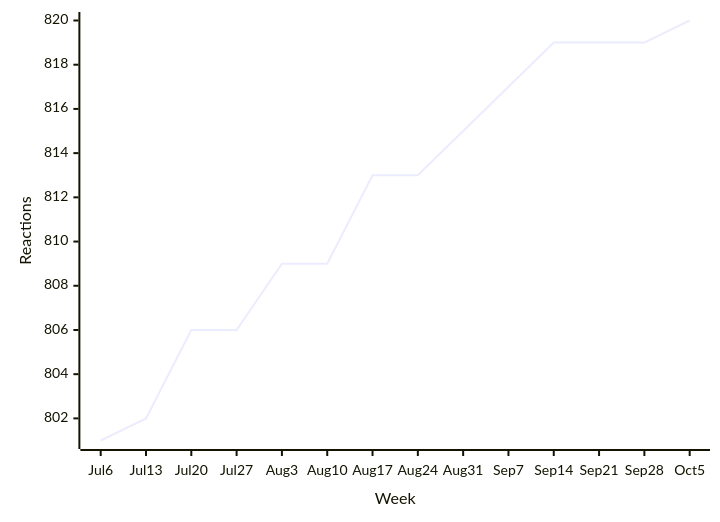
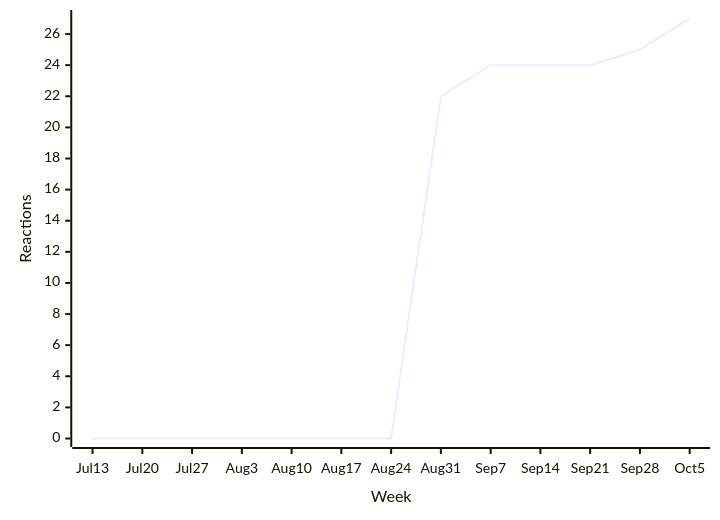
One commit to loic-sharma/github-insights changed the second of 34 diagrams in README.md. Above: the diagram before and after it, drawn with Mermaid. The commit also changed other lines of this file and 3 other files, not shown here.

````diff
--- a/README.md
+++ b/README.md
@@ -341,6 +341,6 @@
   ```mermaid
   xychart-beta
-    x-axis "Week" [Jul 6, Jul 13, Jul 20, Jul 27, Aug 3, Aug 10, Aug 17, Aug 24, Aug 31, Sep 7, Sep 14, Sep 21, Sep 28, Oct 5]
+    x-axis "Week" [Jul 13, Jul 20, Jul 27, Aug 3, Aug 10, Aug 17, Aug 24, Aug 31, Sep 7, Sep 14, Sep 21, Sep 28, Oct 5]
     y-axis "Reactions"
-    line [801, 802, 806, 806, 809, 809, 813, 813, 815, 817, 819, 819, 819, 820]
+    line [0, 0, 0, 0, 0, 0, 0, 22, 24, 24, 24, 25, 27]
   ```
````
